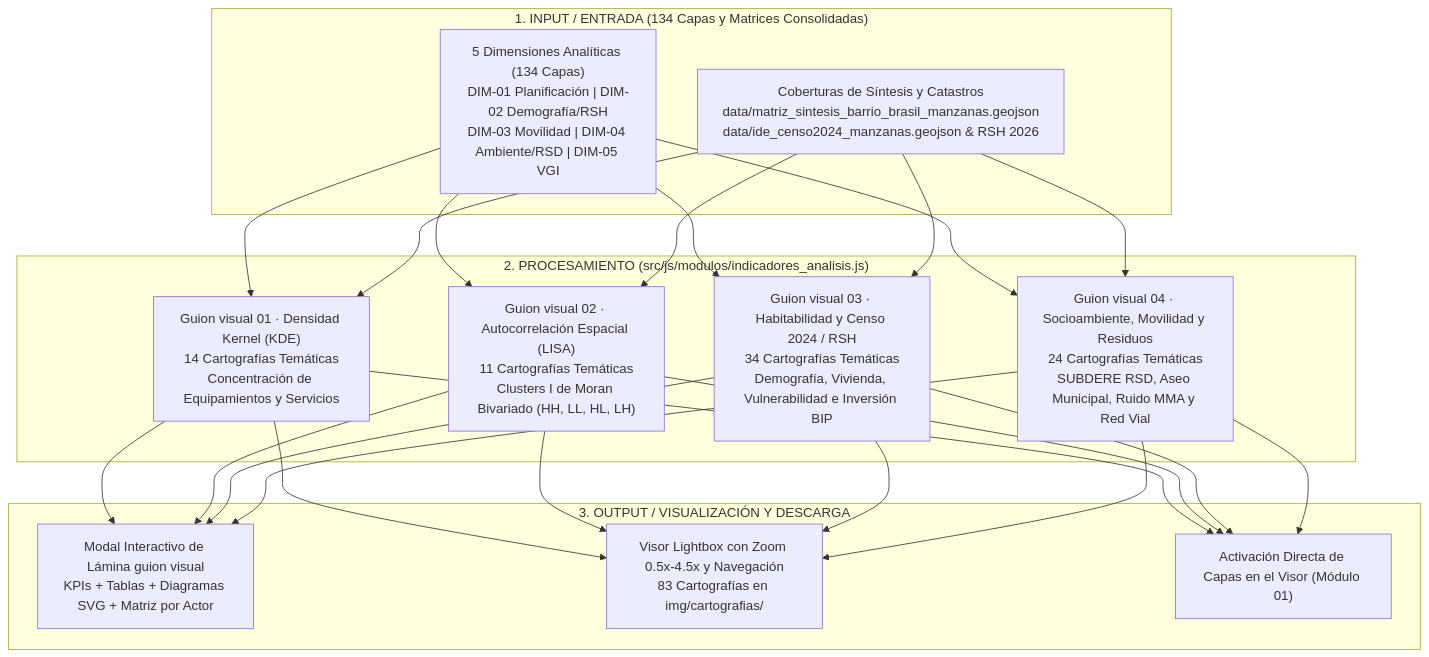
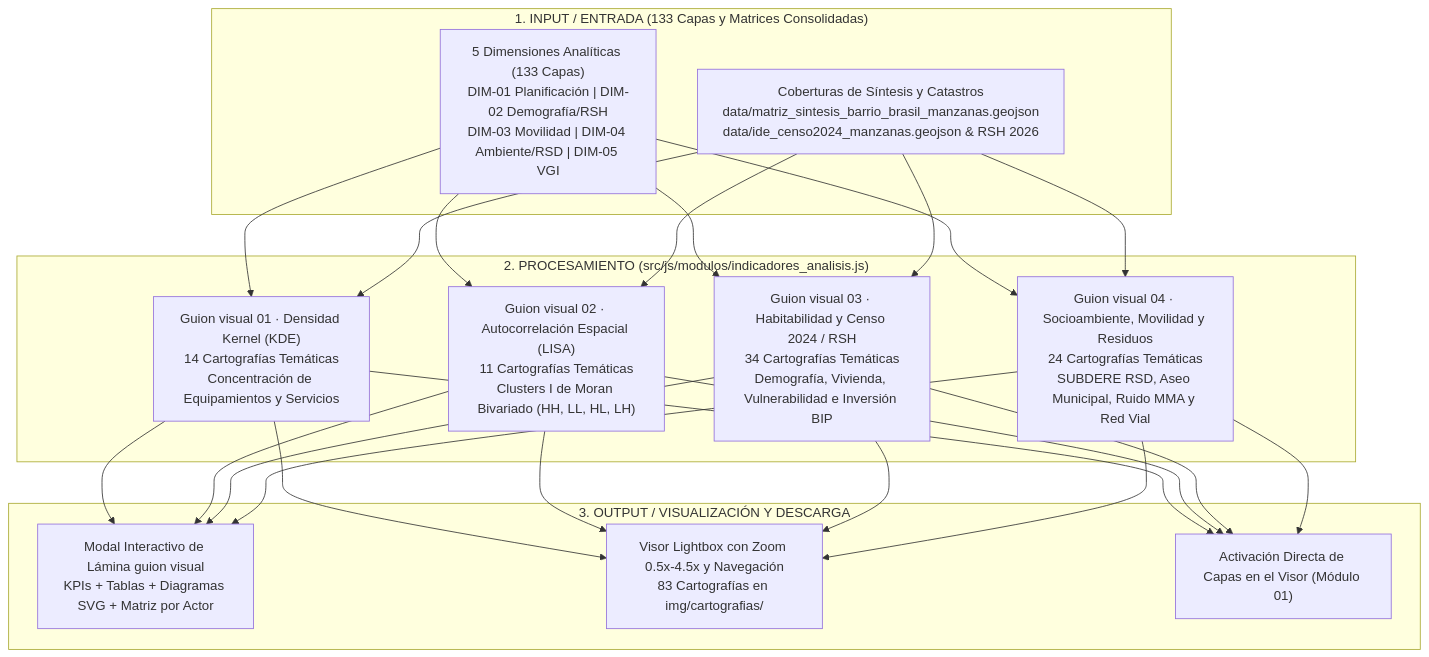
The fourth of 5 diagrams in src/docs/MANUAL_USO.md (GEOJOTA/atlas-vgi-barrio-brasil), drawn with Mermaid before and after one commit. The commit also changed other lines of this file and 142 other files, not shown here.

````diff
--- a/src/docs/MANUAL_USO.md
+++ b/src/docs/MANUAL_USO.md
@@ -153,23 +153,23 @@
 ```mermaid
 flowchart TD
-    subgraph IN["1. INPUT / ENTRADA (134 Capas y Matrices Consolidadas)"]
-        D1["5 Dimensiones Analíticas (134 Capas)<br/>DIM-01 Planificación | DIM-02 Demografía/RSH<br/>DIM-03 Movilidad | DIM-04 Ambiente/RSD | DIM-05 VGI"]
+    subgraph IN["1. INPUT / ENTRADA (133 Capas y Matrices Consolidadas)"]
+        D1["5 Dimensiones Analíticas (133 Capas)<br/>DIM-01 Planificación | DIM-02 Demografía/RSH<br/>DIM-03 Movilidad | DIM-04 Ambiente/RSD | DIM-05 VGI"]
         D2["Coberturas de Síntesis y Catastros<br/>data/matriz_sintesis_barrio_brasil_manzanas.geojson<br/>data/ide_censo2024_manzanas.geojson & RSH 2026"]
     end
 
     subgraph PROC["2. PROCESAMIENTO (src/js/modulos/indicadores_analisis.js)"]
         S1["Guion visual 01 · Densidad Kernel (KDE)<br/>14 Cartografías Temáticas<br/>Concentración de Equipamientos y Servicios"]
         S2["Guion visual 02 · Autocorrelación Espacial (LISA)<br/>11 Cartografías Temáticas<br/>Clusters I de Moran Bivariado (HH, LL, HL, LH)"]
         S3["Guion visual 03 · Habitabilidad y Censo 2024 / RSH<br/>34 Cartografías Temáticas<br/>Demografía, Vivienda, Vulnerabilidad e Inversión BIP"]
         S4["Guion visual 04 · Socioambiente, Movilidad y Residuos<br/>24 Cartografías Temáticas<br/>SUBDERE RSD, Aseo Municipal, Ruido MMA y Red Vial"]
     end
 
     subgraph OUT["3. OUTPUT / VISUALIZACIÓN Y DESCARGA"]
         V1["Modal Interactivo de Lámina guion visual<br/>KPIs + Tablas + Diagramas SVG + Matriz por Actor"]
         V2["Visor Lightbox con Zoom 0.5x-4.5x y Navegación<br/>83 Cartografías en img/cartografias/"]
         V3["Activación Directa de Capas en el Visor (Módulo 01)"]
     end
 
     D1 & D2 --> S1 & S2 & S3 & S4
     S1 & S2 & S3 & S4 --> V1 & V2 & V3
 ```
````
